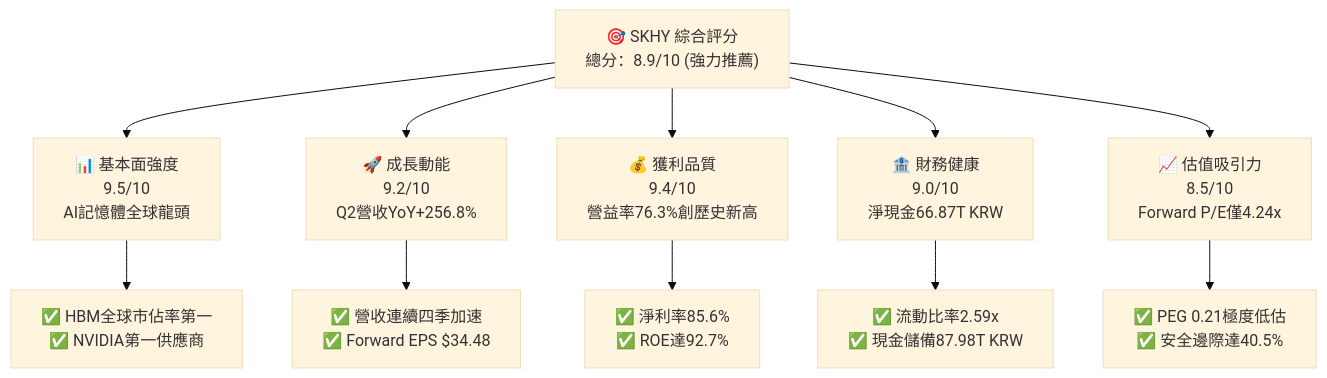
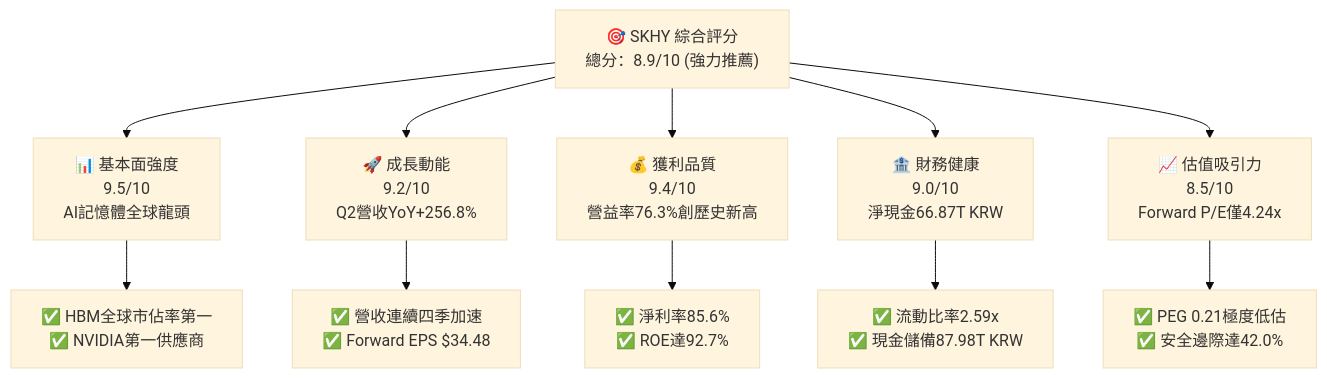
One commit to yennanliu/finance_data changed the first of 15 diagrams in ai_gen_report/fundamental/skhy/fundamental_analysis_2026-10-16_gemini.md. Above: the diagram before and after it, drawn with Mermaid (base theme). The commit also changed other lines of this file and 339 other files, not shown here.

````diff
--- a/ai_gen_report/fundamental/skhy/fundamental_analysis_2026-10-16_gemini.md
+++ b/ai_gen_report/fundamental/skhy/fundamental_analysis_2026-10-16_gemini.md
@@ -60,22 +67,22 @@
 ```mermaid
 graph TD
     TICKER["🎯 SKHY 綜合評分<br/>總分：8.9/10 (強力推薦)"]
 
     F["📊 基本面強度<br/>9.5/10<br/>AI記憶體全球龍頭"]
     G["🚀 成長動能<br/>9.2/10<br/>Q2營收YoY+256.8%"]
     P["💰 獲利品質<br/>9.4/10<br/>營益率76.3%創歷史新高"]
     B["🏦 財務健康<br/>9.0/10<br/>淨現金66.87T KRW"]
     V["📈 估值吸引力<br/>8.5/10<br/>Forward P/E僅4.24x"]
 
     TICKER --> F
     TICKER --> G
     TICKER --> P
     TICKER --> B
     TICKER --> V
 
     F --> F1["✅ HBM全球市佔率第一<br/>✅ NVIDIA第一供應商"]
     G --> G1["✅ 營收連續四季加速<br/>✅ Forward EPS $34.48"]
     P --> P1["✅ 淨利率85.6%<br/>✅ ROE達92.7%"]
     B --> B1["✅ 流動比率2.59x<br/>✅ 現金儲備87.98T KRW"]
-    V --> V1["✅ PEG 0.21極度低估<br/>✅ 安全邊際達40.5%"]
+    V --> V1["✅ PEG 0.21極度低估<br/>✅ 安全邊際達42.0%"]
 ```
````
